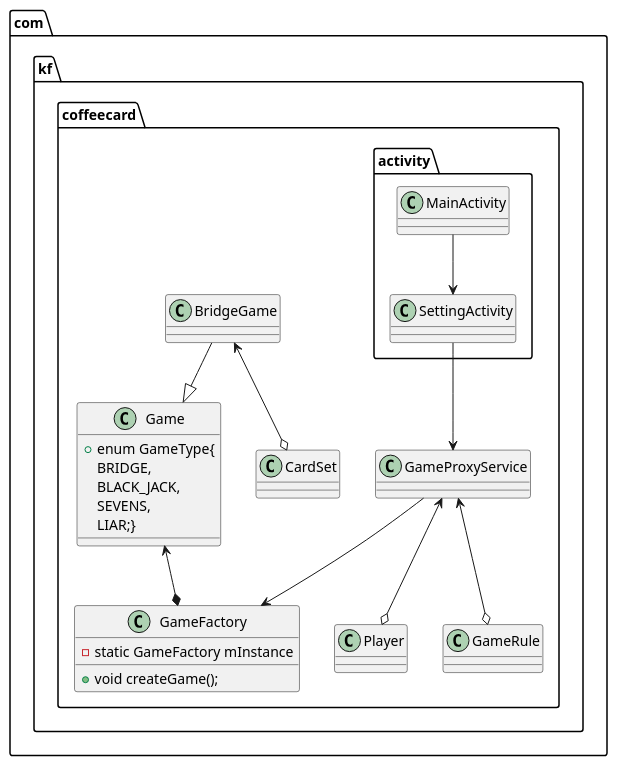
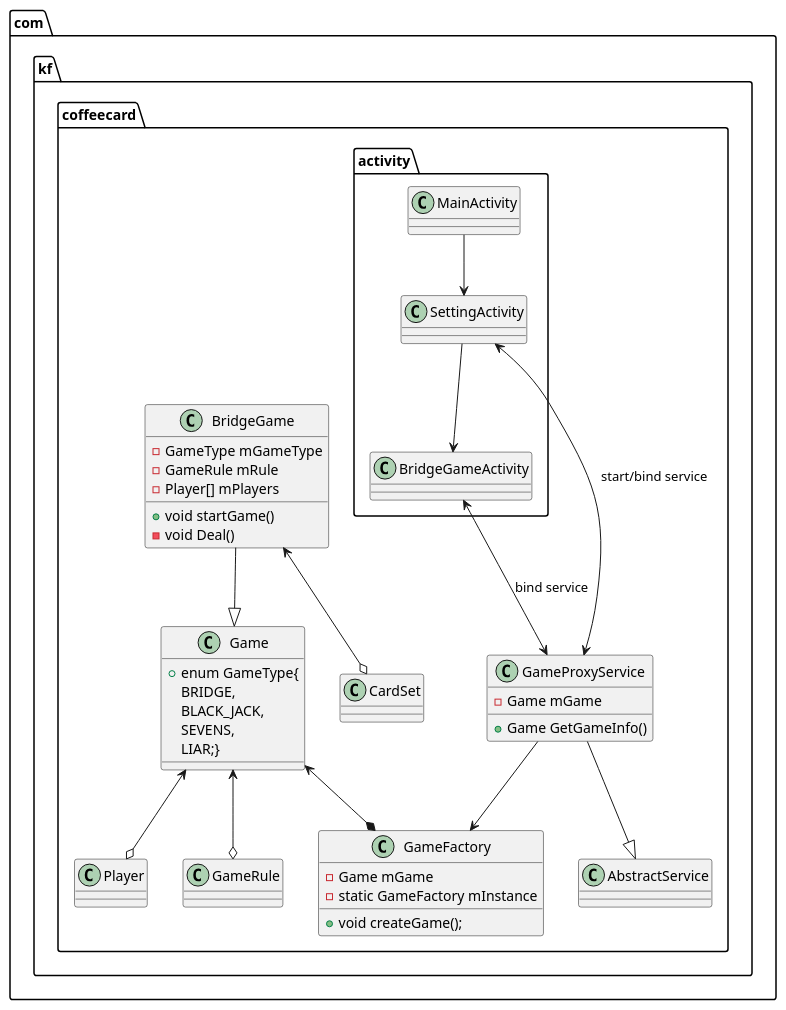
The diagram in src/main/res/CoffeeCard.puml (KimmyYang/CoffeeCard), drawn with PlantUML before and after one commit. The commit also changed 71 other files, not shown here.

```diff
--- a/src/main/res/CoffeeCard.puml
+++ b/src/main/res/CoffeeCard.puml
@@ -1,38 +1,55 @@
 @startuml
 
 package com.kf.coffeecard{
-    class GameProxyService
+    class AbstractService
+    class GameProxyService{
+        -Game mGame
+        +Game GetGameInfo()
+    }
     class GameFactory{
+        -Game mGame
         -static GameFactory mInstance
         +void createGame();
     }
     class Game{
         +enum GameType{
             BRIDGE,
             BLACK_JACK,
             SEVENS,
             LIAR;}
     }
-    class BridgeGame
+    class BridgeGame{
+        -GameType mGameType
+        -GameRule mRule
+        -Player[] mPlayers
+        +void startGame()
+        -void Deal()
+    }
     class CardSet
     class Player
     class GameRule
+
+    GameProxyService --|>AbstractService
 
     BridgeGame --|> Game
     Game <--* GameFactory
 
     BridgeGame <--o CardSet
     GameProxyService --> GameFactory
 
-    GameProxyService <--o Player
-    GameProxyService <--o GameRule
+    Game <--o Player
+    Game <--o GameRule
 }
 
 package com.kf.coffeecard.activity{
     class MainActivity
     class SettingActivity
+    class BridgeGameActivity
+
     MainActivity --> SettingActivity
-    SettingActivity --> GameProxyService
+    SettingActivity <--> GameProxyService:start/bind service
+    SettingActivity --> BridgeGameActivity
+    BridgeGameActivity<--> GameProxyService:bind service
 }
 
 @enduml
```
